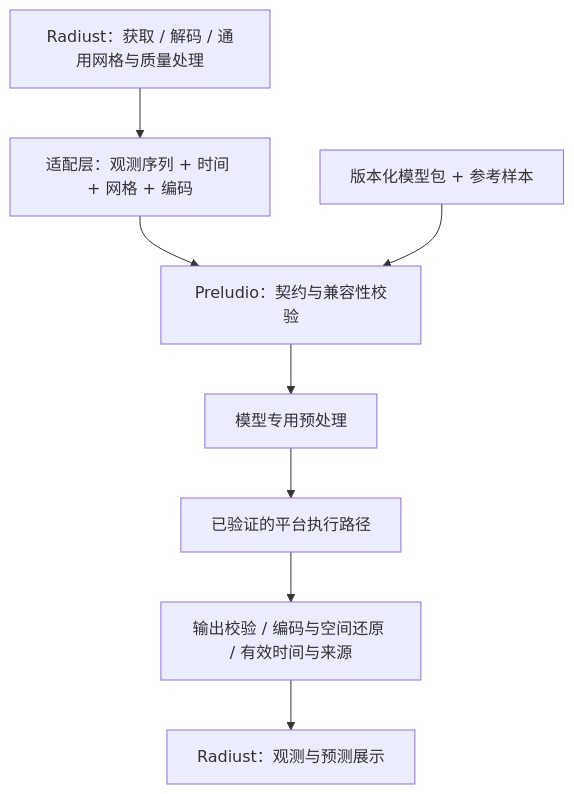
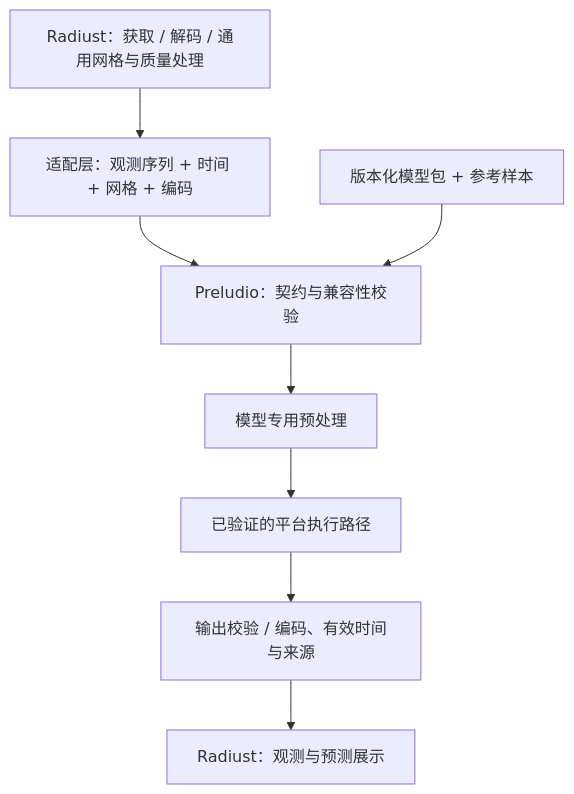
Before and after one commit to chorust/preludio: the diagram in docs/architecture.md, drawn with Mermaid. The commit also changed other lines of this file and 83 other files, not shown here.

````diff
--- a/docs/architecture.md
+++ b/docs/architecture.md
@@ -54,10 +62,10 @@
 ```mermaid
 flowchart TB
     D["Radiust：获取 / 解码 / 通用网格与质量处理"] --> A["适配层：观测序列 + 时间 + 网格 + 编码"]
     A --> V["Preludio：契约与兼容性校验"]
     M["版本化模型包 + 参考样本"] --> V
     V --> P["模型专用预处理"]
     P --> B["已验证的平台执行路径"]
-    B --> F["输出校验 / 编码与空间还原 / 有效时间与来源"]
+    B --> F["输出校验 / 编码、有效时间与来源"]
     F --> U["Radiust：观测与预测展示"]
 ```
````
